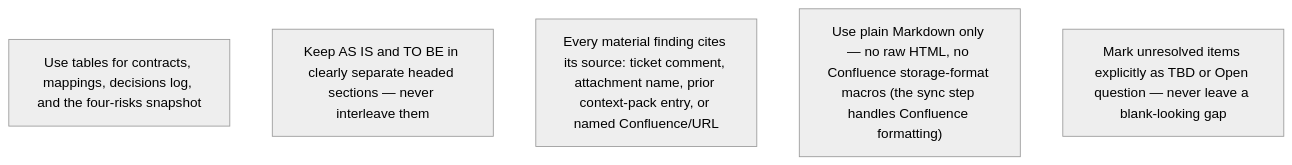
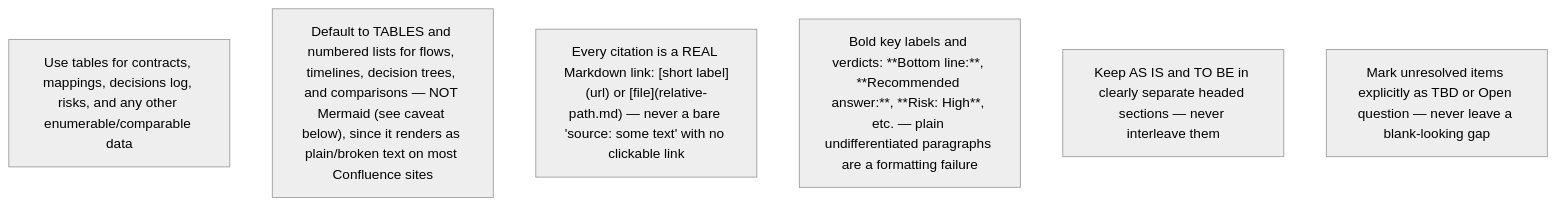
One commit to IstiN/dmtools-agents changed the diagram in instructions/discovery/formatting_rules.md. Above: the diagram before and after it, drawn with Mermaid (neutral theme). The commit also changed other lines of this file and 2 other files, not shown here.

````diff
--- a/instructions/discovery/formatting_rules.md
+++ b/instructions/discovery/formatting_rules.md
@@ -1,8 +1,9 @@
 ```mermaid
 flowchart TD
-    FR1["Use tables for contracts, mappings, decisions log, and the four-risks snapshot"]
-    FR2["Keep AS IS and TO BE in clearly separate headed sections — never interleave them"]
-    FR3["Every material finding cites its source: ticket comment, attachment name, prior context-pack entry, or named Confluence/URL"]
-    FR4["Use plain Markdown only — no raw HTML, no Confluence storage-format macros (the sync step handles Confluence formatting)"]
-    FR5["Mark unresolved items explicitly as TBD or Open question — never leave a blank-looking gap"]
+    FR1["Use tables for contracts, mappings, decisions log, risks, and any other enumerable/comparable data"]
+    FR2["Default to TABLES and numbered lists for flows, timelines, decision trees, and comparisons — NOT Mermaid (see caveat below), since it renders as plain/broken text on most Confluence sites"]
+    FR3["Every citation is a REAL Markdown link: [short label](url) or [file](relative-path.md) — never a bare 'source: some text' with no clickable link"]
+    FR4["Bold key labels and verdicts: **Bottom line:**, **Recommended answer:**, **Risk: High**, etc. — plain undifferentiated paragraphs are a formatting failure"]
+    FR5["Keep AS IS and TO BE in clearly separate headed sections — never interleave them"]
+    FR6["Mark unresolved items explicitly as TBD or Open question — never leave a blank-looking gap"]
 ```
````
